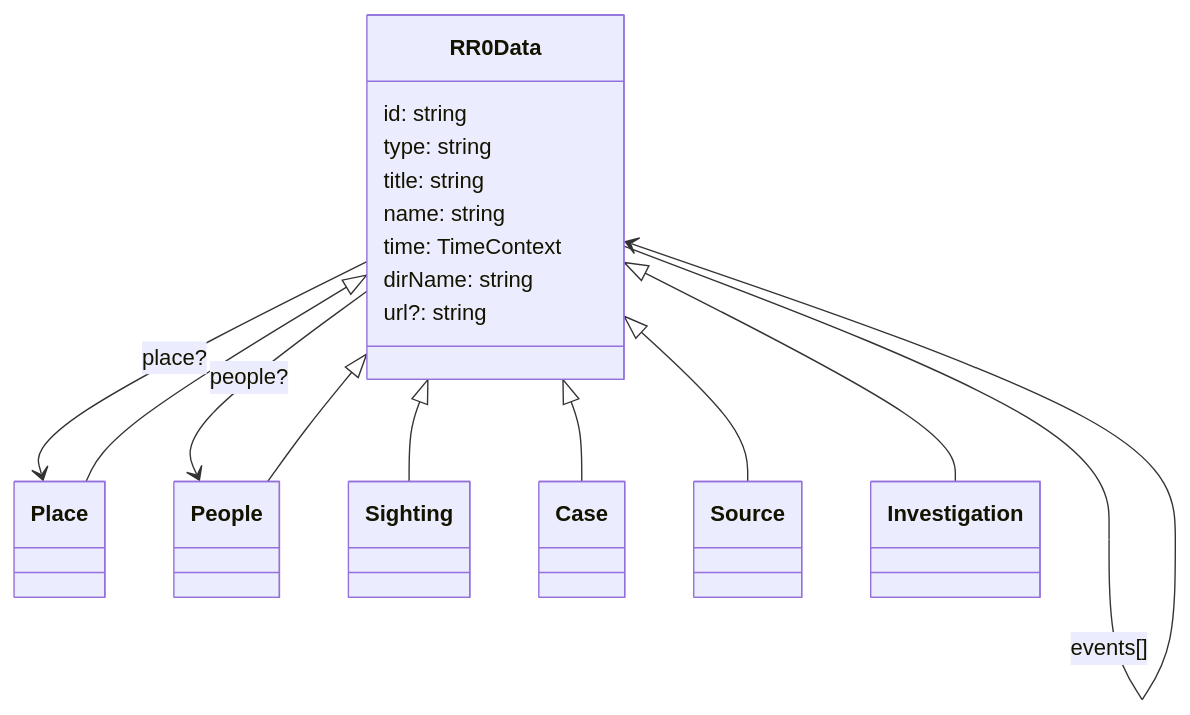
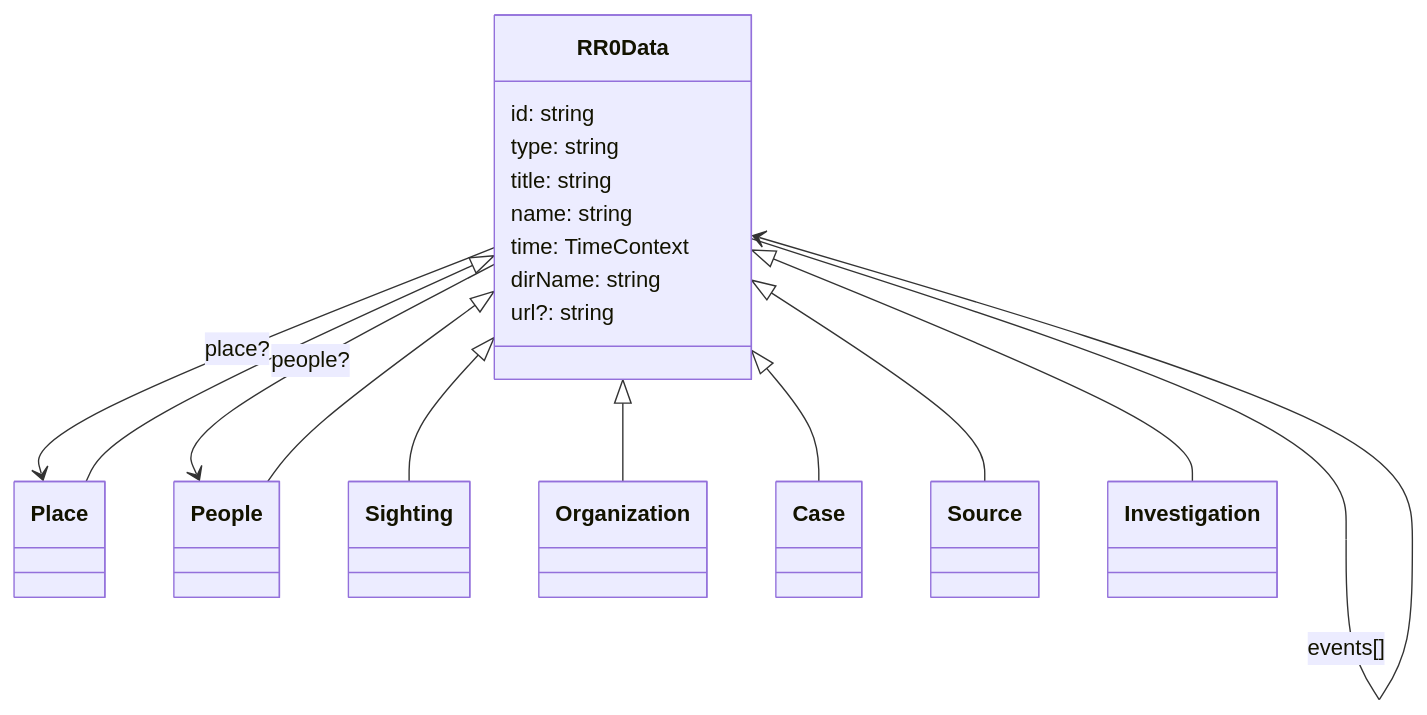
Before and after one commit to RR0/cms: the diagram in src/data/README.md, drawn with Mermaid. The commit also changed 144 other files, not shown here.

````diff
--- a/src/data/README.md
+++ b/src/data/README.md
@@ -11,33 +11,36 @@
 ```mermaid
 classDiagram
     class RR0Data {
         id: string
         type: string
         title: string
         name: string
         time: TimeContext
         dirName: string
         url?: string
     }
     RR0Data --> Place: place?
     RR0Data --> People: people?
     RR0Data --> RR0Data: events[]
     class Sighting {
     }
     RR0Data <|-- Sighting
     class People {
     }
     RR0Data <|-- People
+    class Organization {
+    }
+    RR0Data <|-- Organization
     class Place {
     }
     RR0Data <|-- Place
     class Case {
     }
     RR0Data <|-- Case
     class Source {
     }
     RR0Data <|-- Source
     class Investigation {
     }
     RR0Data <|-- Investigation
 ```
````
